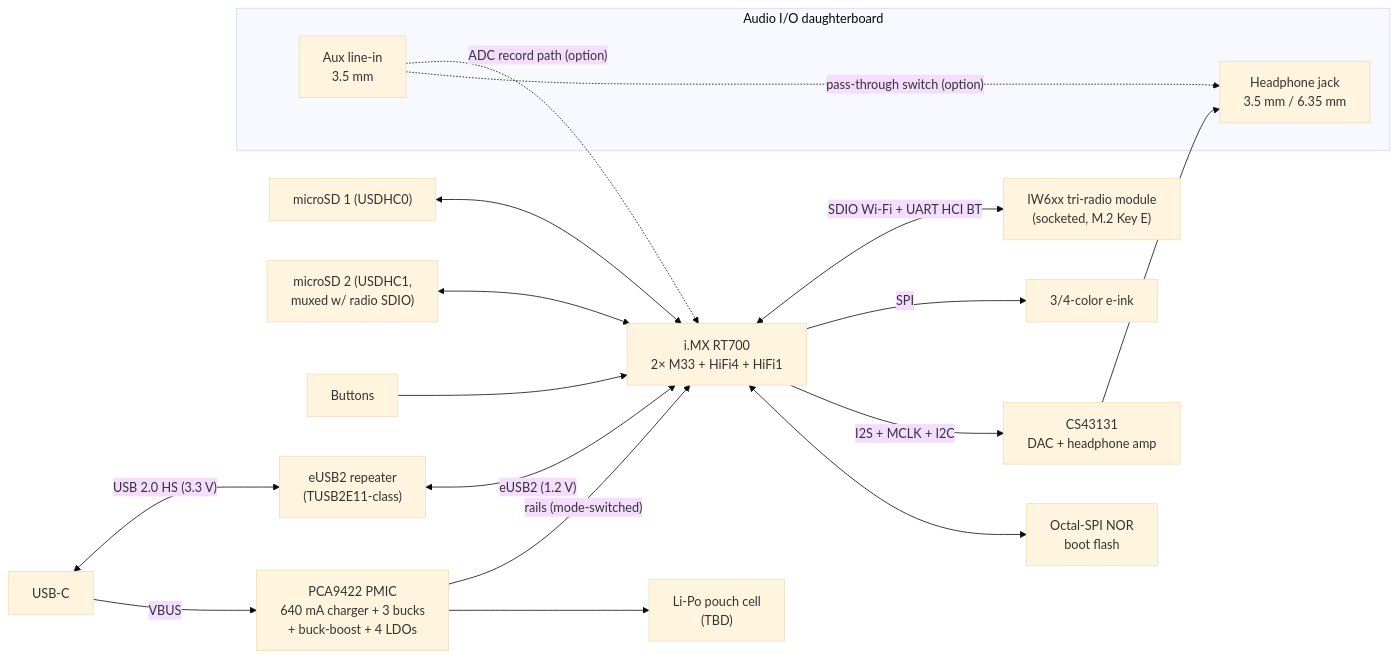
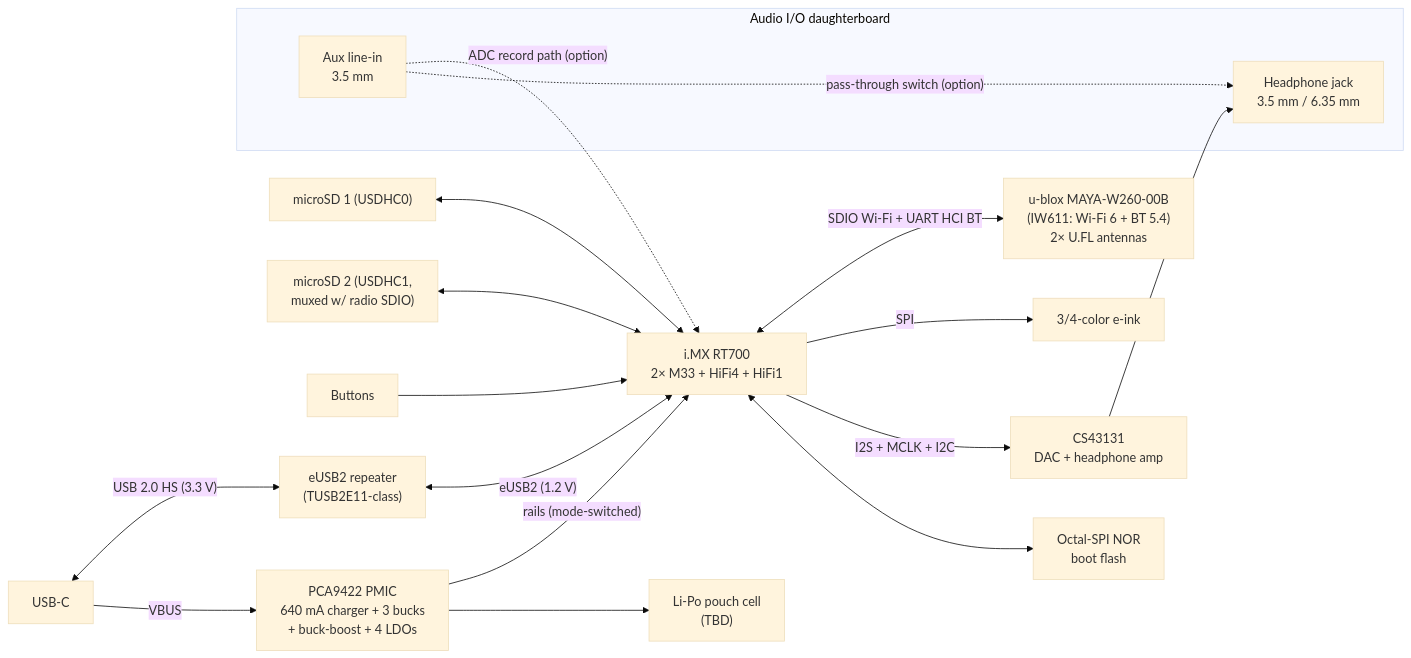
One commit to hoover55/osap changed the diagram in DESIGN.md. Above: the diagram before and after it, drawn with Mermaid (base theme). The commit also changed other lines of this file and 2 other files, not shown here.

First line of the commit message:
Integrate u-blox MAYA-W260-00B as the on-board wireless module

````diff
--- a/DESIGN.md
+++ b/DESIGN.md
@@ -69,34 +69,34 @@
 ```mermaid
 flowchart LR
     USBC["USB-C"]
     PMIC["PCA9422 PMIC<br/>640 mA charger + 3 bucks<br/>+ buck-boost + 4 LDOs"]
     BATT["Li-Po pouch cell<br/>(TBD)"]
     RPT["eUSB2 repeater<br/>(TUSB2E11-class)"]
     MCU["i.MX RT700<br/>2× M33 + HiFi4 + HiFi1"]
     FLASH["Octal-SPI NOR<br/>boot flash"]
-    RADIO["IW6xx tri-radio module<br/>(socketed, M.2 Key E)"]
+    RADIO["u-blox MAYA-W260-00B<br/>(IW611: Wi-Fi 6 + BT 5.4)<br/>2× U.FL antennas"]
     DAC["CS43131<br/>DAC + headphone amp"]
 
     subgraph DB["Audio I/O daughterboard"]
         JACK["Headphone jack<br/>3.5 mm / 6.35 mm"]
         AUX["Aux line-in<br/>3.5 mm"]
     end
     SD1["microSD 1 (USDHC0)"]
     SD2["microSD 2 (USDHC1,<br/>muxed w/ radio SDIO)"]
     EINK["3/4-color e-ink"]
     BTNS["Buttons"]
 
     USBC -- "VBUS" --> PMIC --> BATT
     PMIC -- "rails (mode-switched)" --> MCU
     USBC <-- "USB 2.0 HS (3.3 V)" --> RPT
     RPT <-- "eUSB2 (1.2 V)" --> MCU
     MCU <--> FLASH
     MCU -- "I2S + MCLK + I2C" --> DAC --> JACK
     AUX -. "pass-through switch (option)" .-> JACK
     AUX -. "ADC record path (option)" .-> MCU
     SD1 <--> MCU
     SD2 <--> MCU
     MCU -- "SPI" --> EINK
     BTNS --> MCU
     MCU <-- "SDIO Wi-Fi + UART HCI BT" --> RADIO
 ```
````
